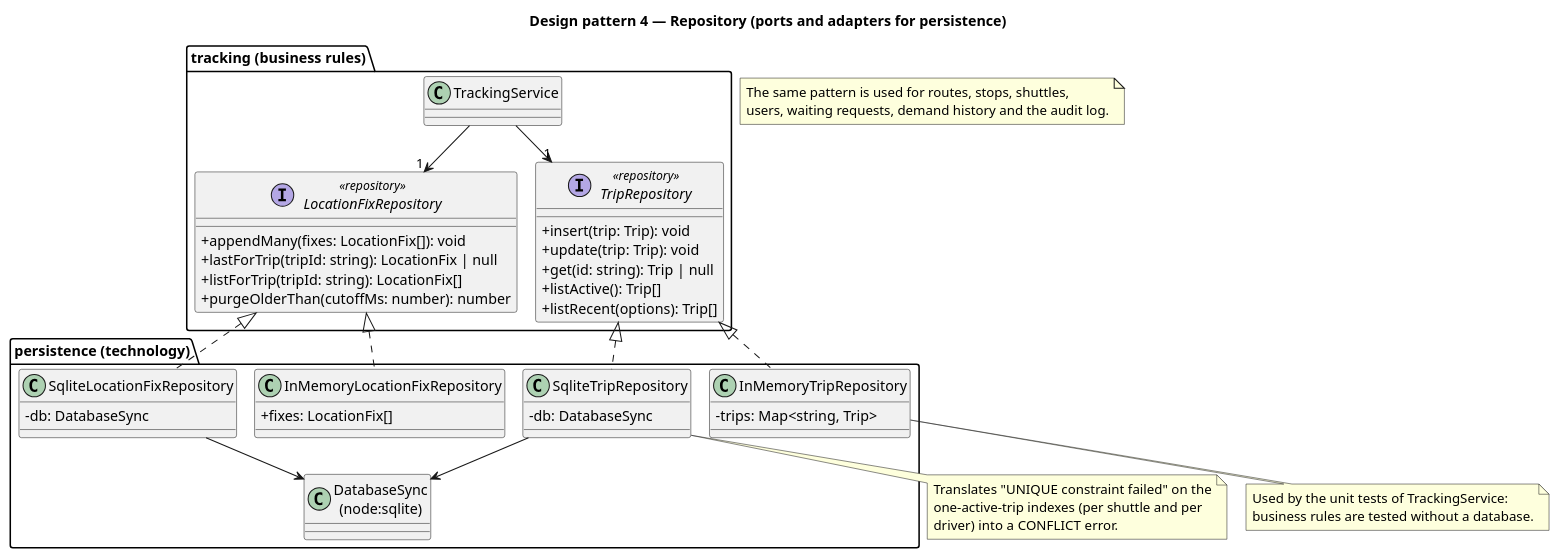
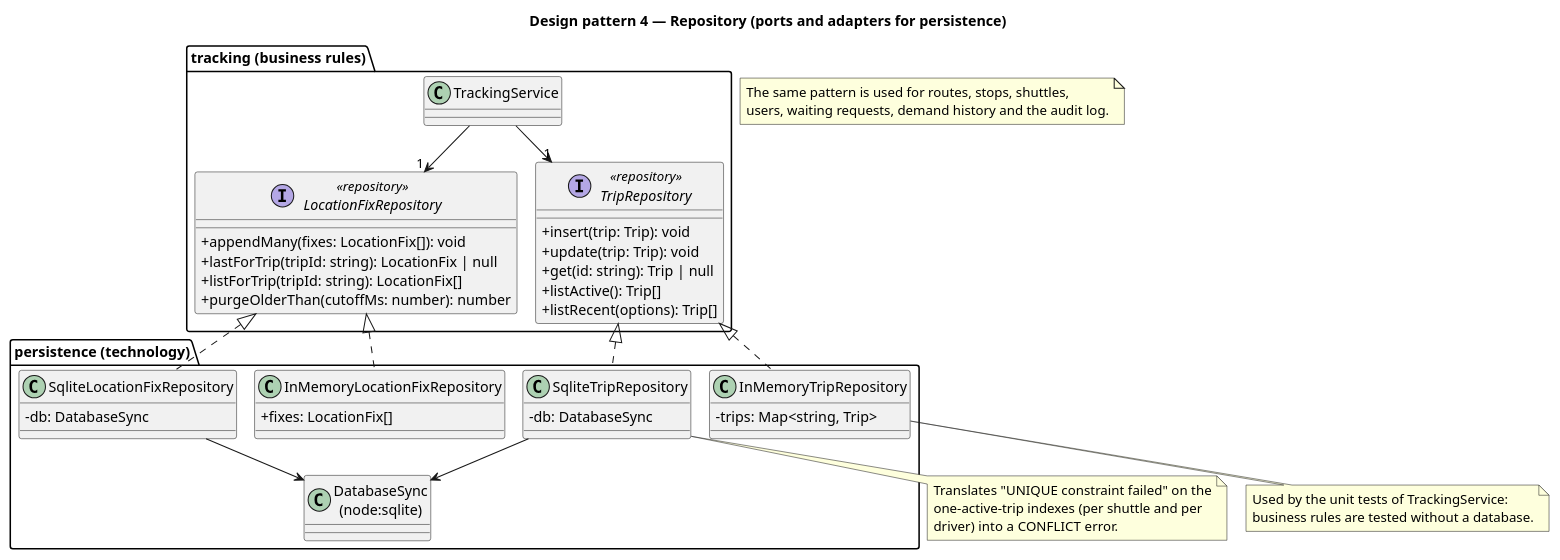
The diagram in docs/uml/15-pattern-repository.puml (abdullahshammari796-ctrl/CampusShuttle), drawn with PlantUML before and after one commit. The commit also changed 48 other files, not shown here.

First line of the commit message:
docs: submission pass — single-scenario SSD, readable UML set, process section, nine-slide deck

```diff
--- a/docs/uml/15-pattern-repository.puml
+++ b/docs/uml/15-pattern-repository.puml
@@ -1,60 +1,61 @@
 @startuml 15-pattern-repository
 !pragma layout smetana
 skinparam shadowing false
 skinparam defaultFontName Arial
 skinparam classAttributeIconSize 0
+skinparam classStereotypeFontSize 13
 title Design pattern 4 — Repository (ports and adapters for persistence)
 
 package "tracking (business rules)" {
   class TrackingService
   interface TripRepository <<repository>> {
     +insert(trip: Trip): void
     +update(trip: Trip): void
     +get(id: string): Trip | null
     +listActive(): Trip[]
     +listRecent(options): Trip[]
   }
   interface LocationFixRepository <<repository>> {
     +appendMany(fixes: LocationFix[]): void
     +lastForTrip(tripId: string): LocationFix | null
     +listForTrip(tripId: string): LocationFix[]
     +purgeOlderThan(cutoffMs: number): number
   }
 }
 
 package "persistence (technology)" {
   class SqliteTripRepository {
     -db: DatabaseSync
   }
   class SqliteLocationFixRepository {
     -db: DatabaseSync
   }
   class InMemoryTripRepository {
     -trips: Map<string, Trip>
   }
   class InMemoryLocationFixRepository {
     +fixes: LocationFix[]
   }
   class "DatabaseSync\n(node:sqlite)" as Sqlite
 }
 
 TrackingService --> "1" TripRepository
 TrackingService --> "1" LocationFixRepository
 TripRepository <|.. SqliteTripRepository
 TripRepository <|.. InMemoryTripRepository
 LocationFixRepository <|.. SqliteLocationFixRepository
 LocationFixRepository <|.. InMemoryLocationFixRepository
 SqliteTripRepository --> Sqlite
 SqliteLocationFixRepository --> Sqlite
 
 note bottom of InMemoryTripRepository
   Used by the unit tests of TrackingService:
   business rules are tested without a database.
 end note
 note bottom of SqliteTripRepository
   Translates "UNIQUE constraint failed" on the
   one-active-trip indexes (per shuttle and per
   driver) into a CONFLICT error.
 end note
 note "The same pattern is used for routes, stops, shuttles,\nusers, waiting requests, demand history and the audit log." as N1
 @enduml
```
